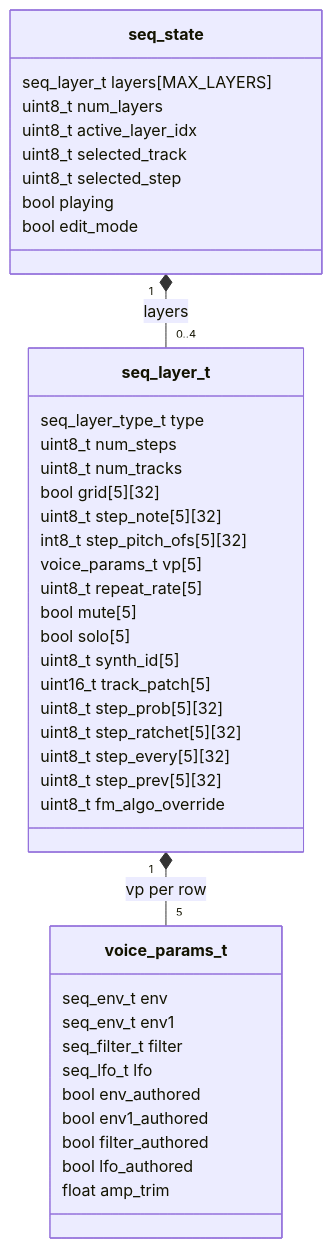
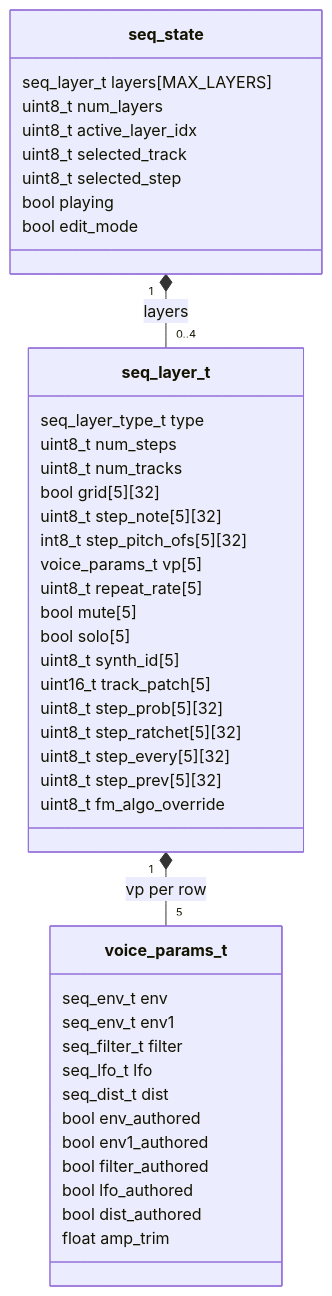
Before and after one commit to rt-rtos/S3-Amysynth: the first of 4 diagrams in SEQUENCER-ARCHITECTURE.md, drawn with Mermaid. The commit also changed other lines of this file and 89 other files, not shown here.

````diff
--- a/SEQUENCER-ARCHITECTURE.md
+++ b/SEQUENCER-ARCHITECTURE.md
@@ -117,44 +118,46 @@
 ```mermaid
 classDiagram
     class seq_state {
         seq_layer_t layers[MAX_LAYERS]
         uint8_t num_layers
         uint8_t active_layer_idx
         uint8_t selected_track
         uint8_t selected_step
         bool playing
         bool edit_mode
     }
     class seq_layer_t {
         seq_layer_type_t type
         uint8_t num_steps
         uint8_t num_tracks
         bool grid[5][32]
         uint8_t step_note[5][32]
         int8_t step_pitch_ofs[5][32]
         voice_params_t vp[5]
         uint8_t repeat_rate[5]
         bool mute[5]
         bool solo[5]
         uint8_t synth_id[5]
         uint16_t track_patch[5]
         uint8_t step_prob[5][32]
         uint8_t step_ratchet[5][32]
         uint8_t step_every[5][32]
         uint8_t step_prev[5][32]
         uint8_t fm_algo_override
     }
     class voice_params_t {
         seq_env_t env
         seq_env_t env1
         seq_filter_t filter
         seq_lfo_t lfo
+        seq_dist_t dist
         bool env_authored
         bool env1_authored
         bool filter_authored
         bool lfo_authored
+        bool dist_authored
         float amp_trim
     }
     seq_state "1" *-- "0..4" seq_layer_t : layers
     seq_layer_t "1" *-- "5" voice_params_t : vp per row
 ```
````
